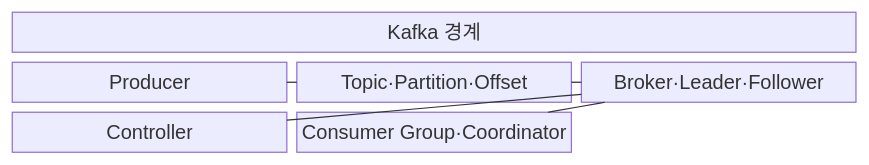
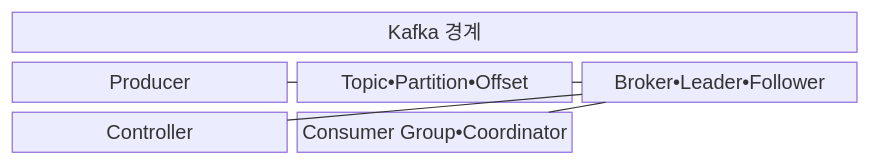
The first of 2 diagrams in src/content/docs/notes/03-software/119_apache_kafka.md (agnusdei1207/knowledge-base), drawn with Mermaid before and after one commit. The commit also changed other lines of this file and 953 other files, not shown here.

````diff
--- a/src/content/docs/notes/03-software/119_apache_kafka.md
+++ b/src/content/docs/notes/03-software/119_apache_kafka.md
@@ -71,14 +71,14 @@
 ```mermaid
 block
   columns 3
   A["Kafka 경계"]:3
   P["Producer"]
-  T["Topic·Partition·Offset"]
-  B["Broker·Leader·Follower"]
+  T["Topic•Partition•Offset"]
+  B["Broker•Leader•Follower"]
   C["Controller"]
-  G["Consumer Group·Coordinator"]
+  G["Consumer Group•Coordinator"]
   P --- T
   T --- B
   B --- C
   B --- G
 ```
````
